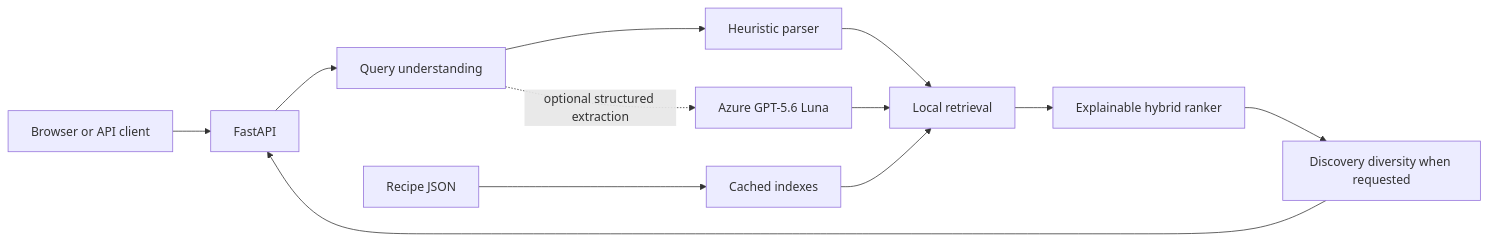
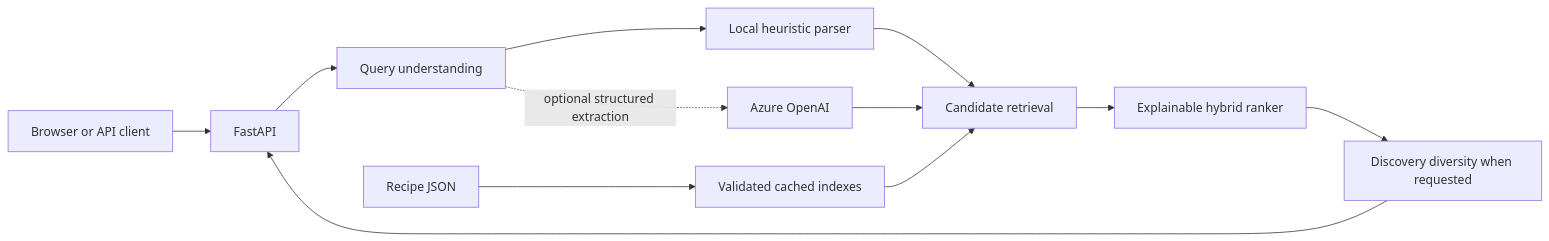
The first of 2 diagrams in README.md (ariakalantari/omai-recipe-search), drawn with Mermaid before and after one commit. The commit also changed other lines of this file and 2 other files, not shown here.

````diff
--- a/README.md
+++ b/README.md
@@ -115,14 +44,14 @@
 ```mermaid
 flowchart LR
     C[Browser or API client] --> F[FastAPI]
     F --> Q[Query understanding]
-    Q --> H[Heuristic parser]
-    Q -. optional structured extraction .-> A[Azure GPT-5.6 Luna]
-    H --> R[Local retrieval]
+    Q --> H[Local heuristic parser]
+    Q -. optional structured extraction .-> A[Azure OpenAI]
+    H --> R[Candidate retrieval]
     A --> R
-    D[Recipe JSON] --> I[Cached indexes]
+    D[Recipe JSON] --> I[Validated cached indexes]
     I --> R
     R --> G[Explainable hybrid ranker]
     G --> V[Discovery diversity when requested]
     V --> F
 ```
````
